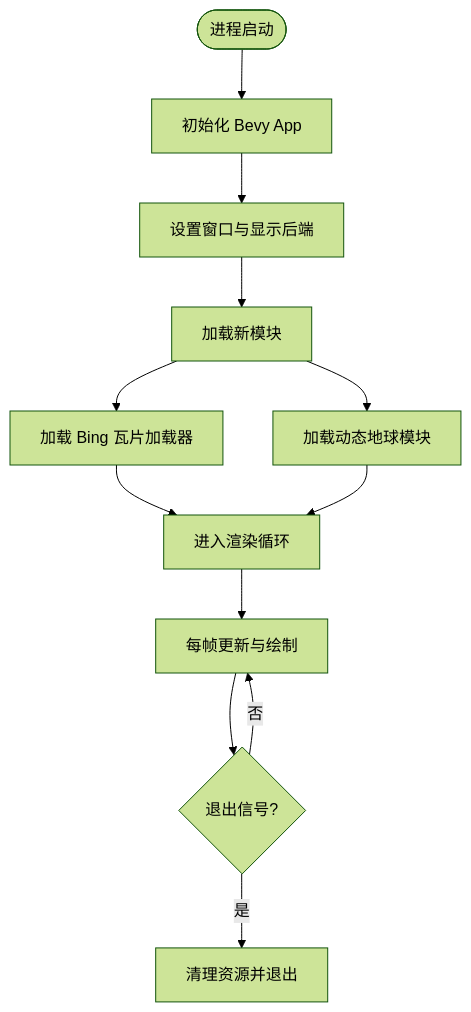
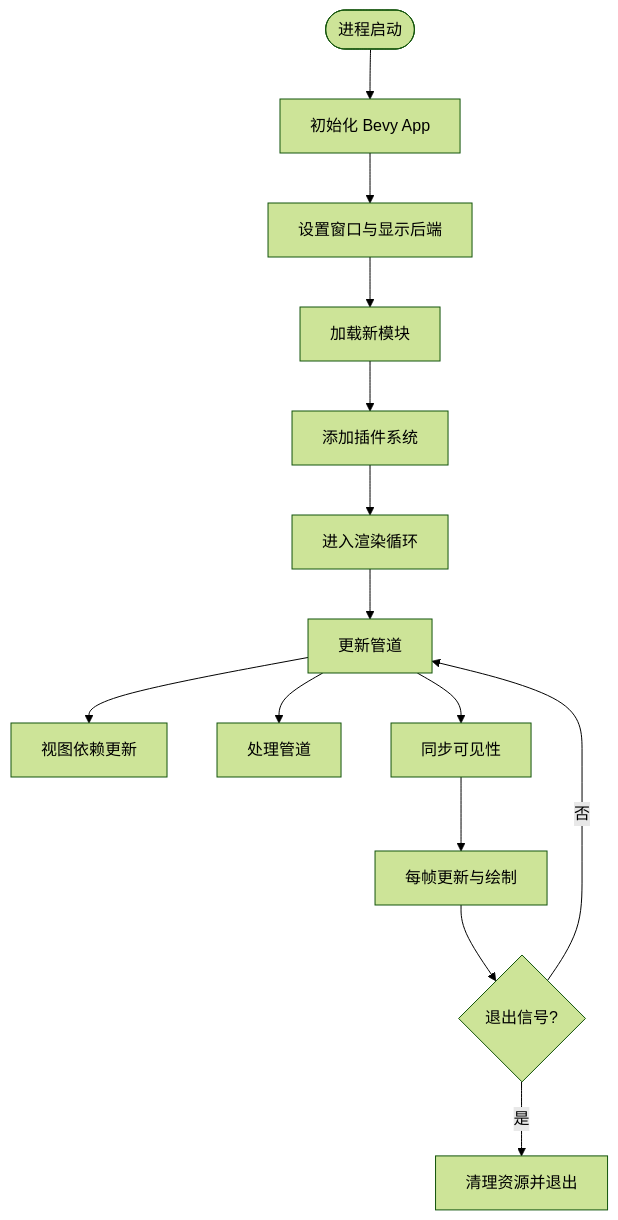
The third of 5 diagrams in .qoder/repowiki/zh/content/项目概述/项目介绍/应用程序主入口.md (rzhangjing/cesium), drawn with Mermaid (forest theme) before and after one commit. The commit also changed other lines of this file and 16 other files, not shown here.

````diff
--- a/.qoder/repowiki/zh/content/项目概述/项目介绍/应用程序主入口.md
+++ b/.qoder/repowiki/zh/content/项目概述/项目介绍/应用程序主入口.md
@@ -144,14 +140,16 @@
 ```mermaid
 flowchart TD
 Start(["进程启动"]) --> InitApp["初始化 Bevy App"]
 InitApp --> SetupWindow["设置窗口与显示后端"]
 SetupWindow --> LoadModules["加载新模块"]
-LoadModules --> LoadBing["加载 Bing 瓦片加载器"]
-LoadModules --> LoadGlobe["加载动态地球模块"]
-LoadBing --> RunLoop["进入渲染循环"]
-LoadGlobe --> RunLoop
-RunLoop --> RenderFrame["每帧更新与绘制"]
+LoadModules --> AddPlugins["添加插件系统"]
+AddPlugins --> RunLoop["进入渲染循环"]
+RunLoop --> UpdatePipeline["更新管道"]
+UpdatePipeline --> ViewDependent["视图依赖更新"]
+UpdatePipeline --> ProcessPipeline["处理管道"]
+UpdatePipeline --> SyncVisibility["同步可见性"]
+SyncVisibility --> RenderFrame["每帧更新与绘制"]
 RenderFrame --> Exit{"退出信号?"}
-Exit --> |否| RenderFrame
+Exit --> |否| UpdatePipeline
 Exit --> |是| Cleanup["清理资源并退出"]
 ```
````
